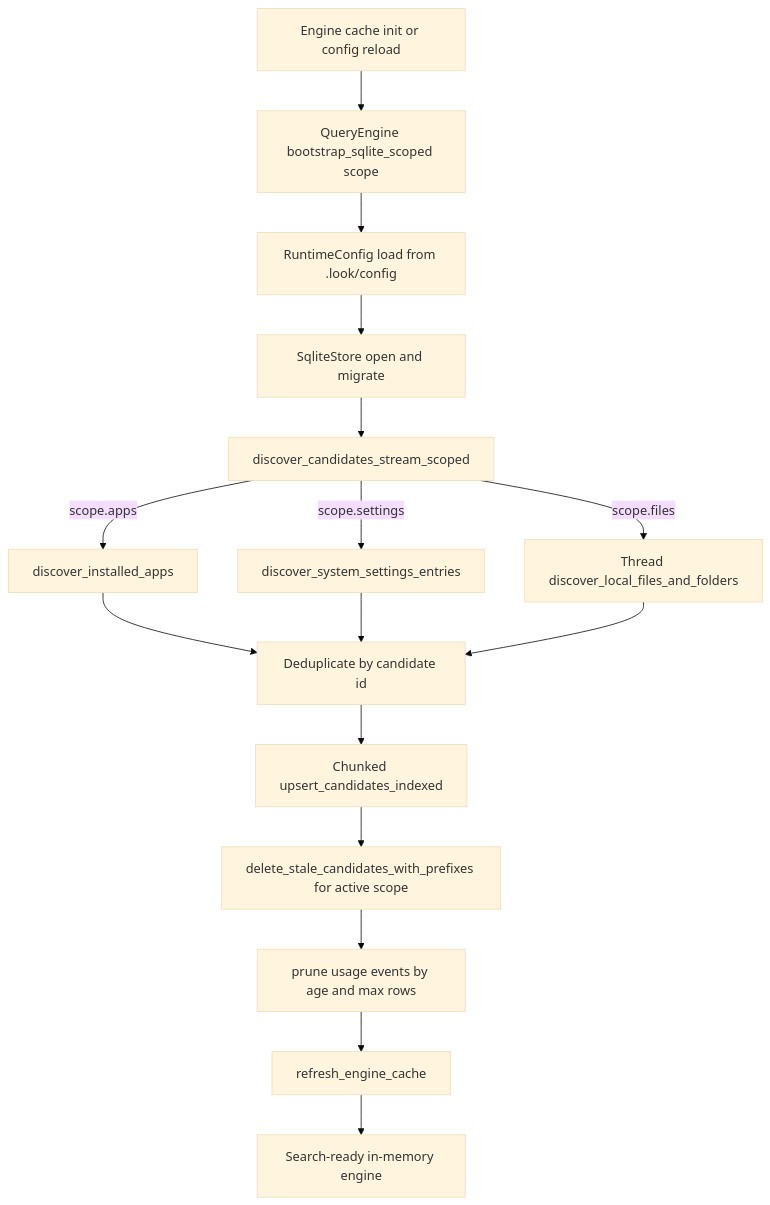
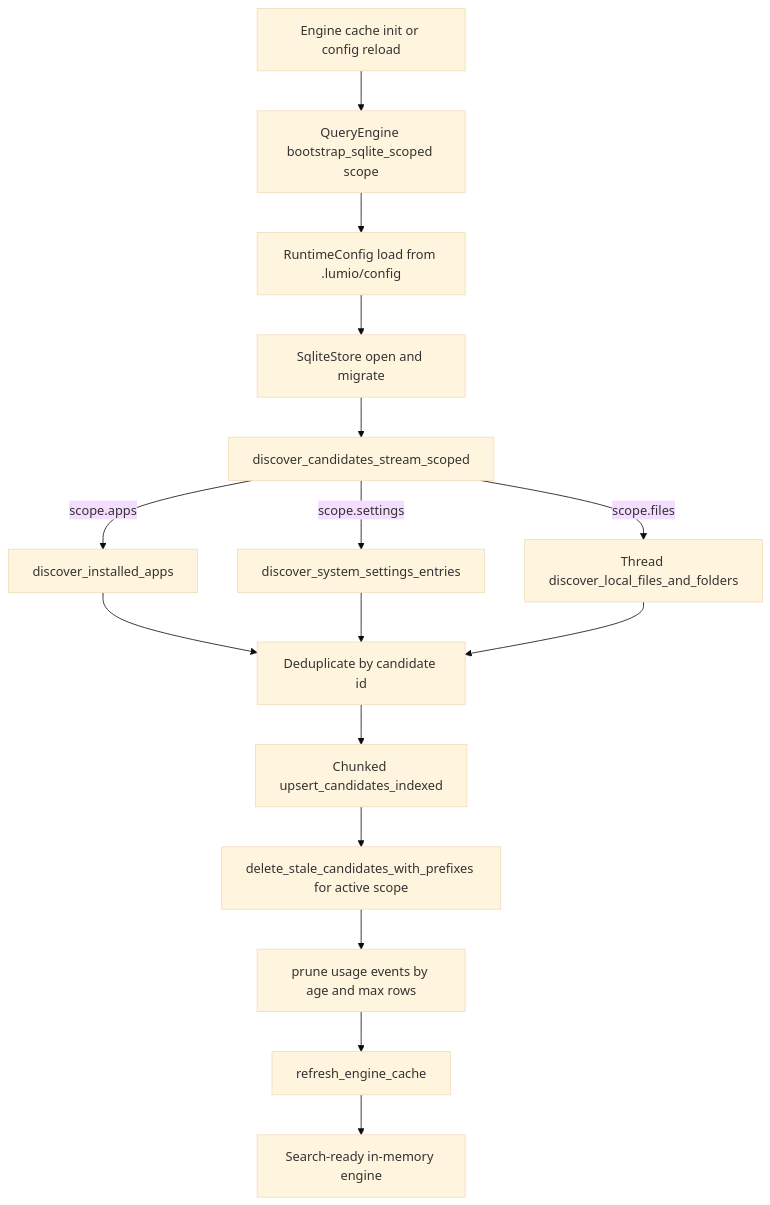
One commit to cavaldos/Lumio changed the fifth of 9 diagrams in docs/architecture.md. Above: the diagram before and after it, drawn with Mermaid (base theme). The commit also changed other lines of this file and 278 other files, not shown here.

````diff
--- a/docs/architecture.md
+++ b/docs/architecture.md
@@ -171,21 +171,21 @@
 ```mermaid
 flowchart TD
     Start[Engine cache init or config reload] --> Bootstrap[QueryEngine bootstrap_sqlite_scoped scope]
-    Bootstrap --> LoadCfg[RuntimeConfig load from .look/config]
+    Bootstrap --> LoadCfg[RuntimeConfig load from .lumio/config]
     LoadCfg --> OpenStore[SqliteStore open and migrate]
     OpenStore --> Stream[discover_candidates_stream_scoped]
 
     Stream -- scope.apps --> Apps[discover_installed_apps]
     Stream -- scope.settings --> Settings[discover_system_settings_entries]
     Stream -- scope.files --> FilesThread[Thread discover_local_files_and_folders]
 
     Apps --> Dedup[Deduplicate by candidate id]
     Settings --> Dedup
     FilesThread --> Dedup
 
     Dedup --> ChunkUpsert[Chunked upsert_candidates_indexed]
     ChunkUpsert --> DeleteStale[delete_stale_candidates_with_prefixes for active scope]
     DeleteStale --> UsagePrune[prune usage events by age and max rows]
     UsagePrune --> RefreshCache[refresh_engine_cache]
     RefreshCache --> Ready[Search-ready in-memory engine]
 ```
````
